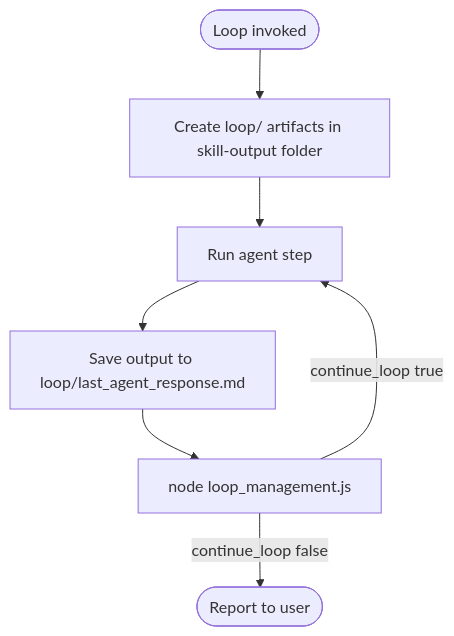
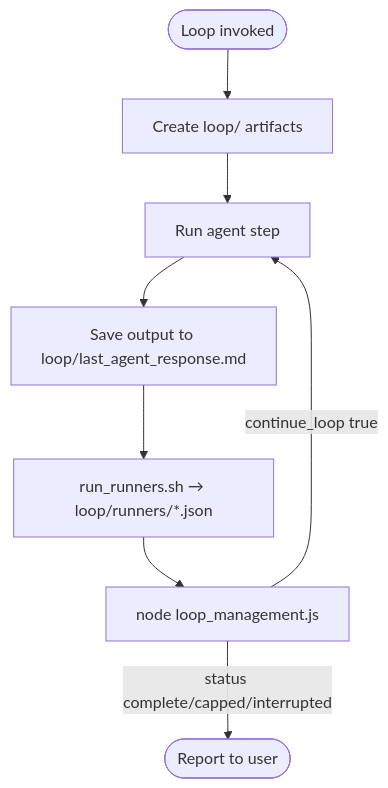
One commit to paulocymbaum/pixelanea changed the diagram in .cursor/skills/loop-management/SKILL.md. Above: the diagram before and after it, drawn with Mermaid. The commit also changed other lines of this file and 15 other files, not shown here.

````diff
--- a/.cursor/skills/loop-management/SKILL.md
+++ b/.cursor/skills/loop-management/SKILL.md
@@ -155,9 +191,10 @@
 ```mermaid
 flowchart TD
-    Start([Loop invoked]) --> Materialize[Create loop/ artifacts in skill-output folder]
+    Start([Loop invoked]) --> Materialize[Create loop/ artifacts]
     Materialize --> Agent[Run agent step]
     Agent --> Save[Save output to loop/last_agent_response.md]
-    Save --> Tool[node loop_management.js]
+    Save --> Runners[run_runners.sh → loop/runners/*.json]
+    Runners --> Tool[node loop_management.js]
     Tool -->|continue_loop true| Agent
-    Tool -->|continue_loop false| Report([Report to user])
+    Tool -->|status complete/capped/interrupted| Report([Report to user])
 ```
````
